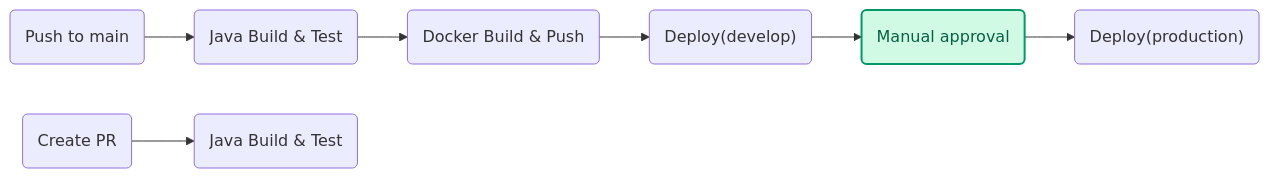
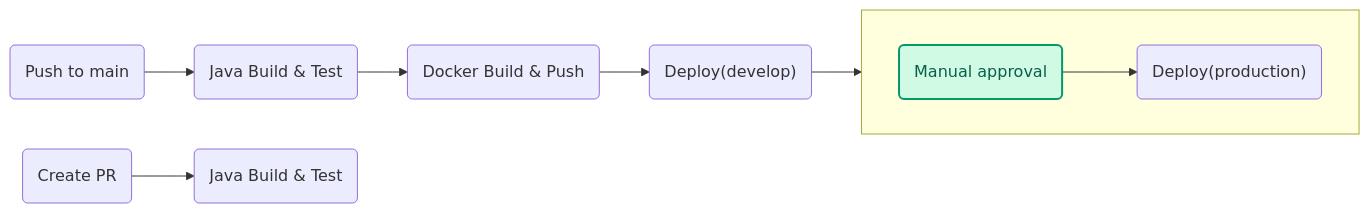
One commit to Pugachev-Ilia/patterns-lab changed the third of 3 diagrams in README.md. Above: the diagram before and after it, drawn with Mermaid. The commit also changed 1 other file, not shown here.

Commit message:
Updated README.md and deploy.yml, change autoscaling config

````diff
--- a/README.md
+++ b/README.md
@@ -54,12 +54,16 @@
 ```mermaid
 flowchart LR
-  Git("Push to main") --> Build("Java Build & Test")
-  Build --> Push("Docker Build & Push")
-  Push --> Dev("Deploy(develop)")
-  Dev --> Approval("Manual approval")
-  Approval --> Prod("Deploy(production)")
-
-  GitPR("Create PR") --> OnlyTest("Java Build & Test")
-  
-  style Approval fill:#d1fae5,stroke:#059669,stroke-width:2px,color:#065f46
+      Git("Push to main") --> Build("Java Build & Test")
+      Build --> Push("Docker Build & Push")
+      Push --> Dev("Deploy(develop)")
+      Dev --> Approval("Manual approval")
+  %% top row    
+  subgraph TOP[ ]
+    direction LR
+      Approval --> Prod("Deploy(production)")
+    end
+    
+      GitPR("Create PR") --> OnlyTest("Java Build & Test")
+      
+      style Approval fill:#d1fae5,stroke:#059669,stroke-width:2px,color:#065f46
 ```
````
